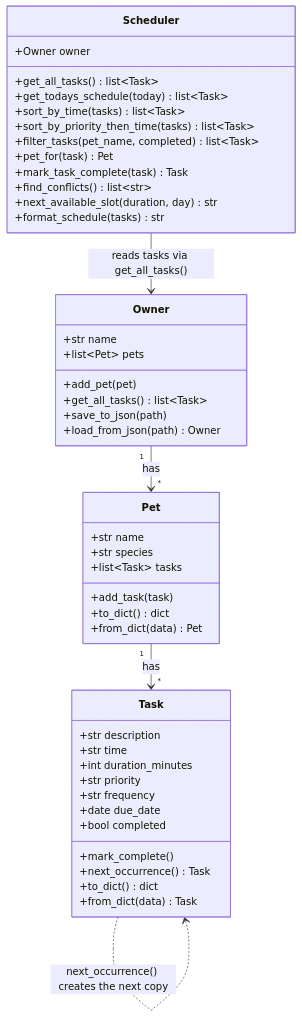
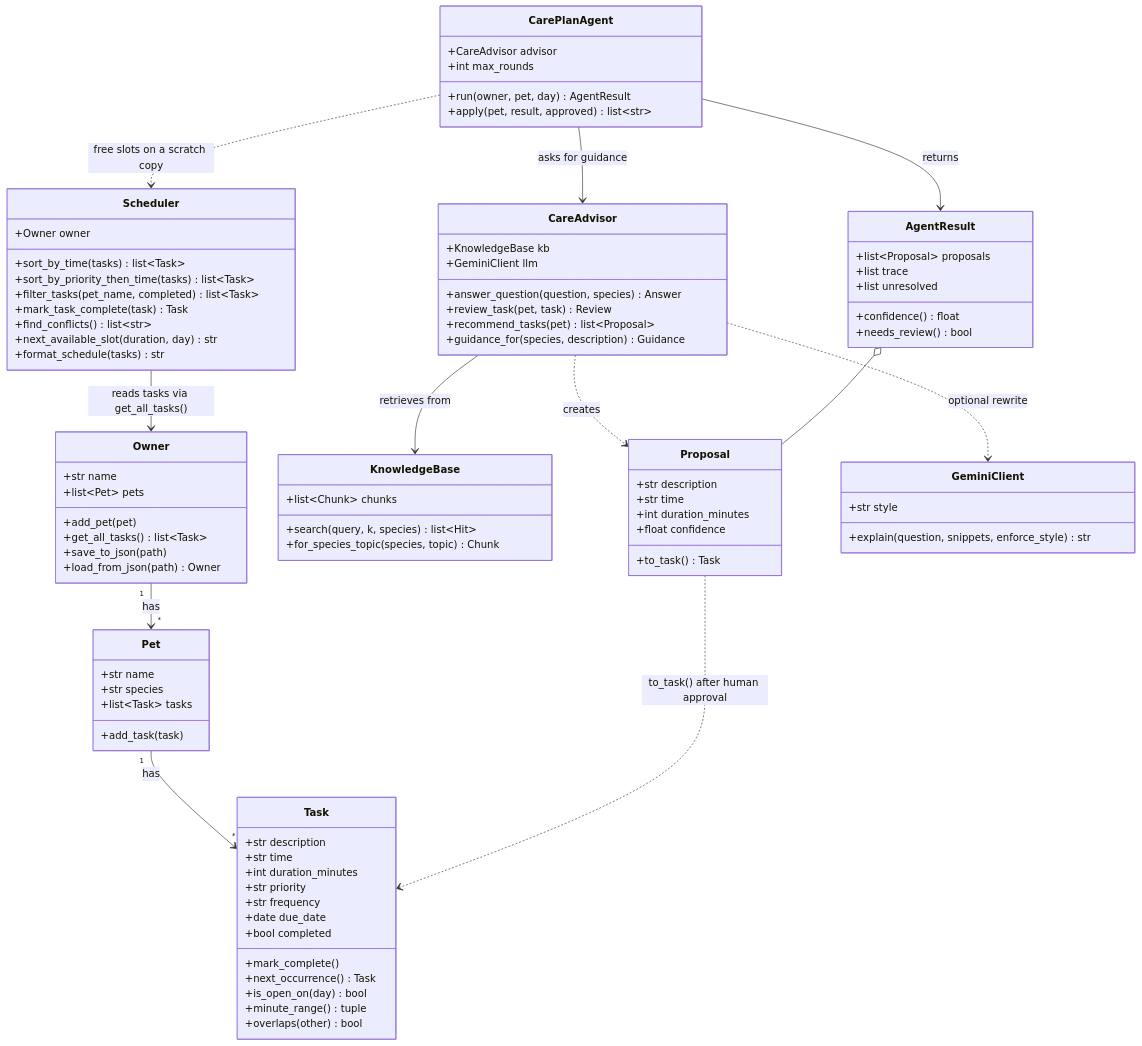
One commit to Rsunga11/AppliedAIRAGSystemProject changed the diagram in diagrams/uml_final.mmd. Above: the diagram before and after it, drawn with Mermaid. The commit also changed 19 other files, not shown here.

```diff
--- a/diagrams/uml_final.mmd
+++ b/diagrams/uml_final.mmd
@@ -1,51 +1,98 @@
 classDiagram
+    %% Final design: the Module 2 core (top) plus the AI layer added in this project (bottom).
     class Task {
         +str description
         +str time
         +int duration_minutes
         +str priority
         +str frequency
         +date due_date
         +bool completed
         +mark_complete()
         +next_occurrence() Task
-        +to_dict() dict
-        +from_dict(data) Task
+        +is_open_on(day) bool
+        +minute_range() tuple
+        +overlaps(other) bool
     }
 
     class Pet {
         +str name
         +str species
         +list~Task~ tasks
         +add_task(task)
-        +to_dict() dict
-        +from_dict(data) Pet
     }
 
     class Owner {
         +str name
         +list~Pet~ pets
         +add_pet(pet)
         +get_all_tasks() list~Task~
         +save_to_json(path)
         +load_from_json(path) Owner
     }
 
     class Scheduler {
         +Owner owner
-        +get_all_tasks() list~Task~
-        +get_todays_schedule(today) list~Task~
         +sort_by_time(tasks) list~Task~
         +sort_by_priority_then_time(tasks) list~Task~
         +filter_tasks(pet_name, completed) list~Task~
-        +pet_for(task) Pet
         +mark_task_complete(task) Task
         +find_conflicts() list~str~
         +next_available_slot(duration, day) str
         +format_schedule(tasks) str
     }
 
+    class KnowledgeBase {
+        +list~Chunk~ chunks
+        +search(query, k, species) list~Hit~
+        +for_species_topic(species, topic) Chunk
+    }
+
+    class CareAdvisor {
+        +KnowledgeBase kb
+        +GeminiClient llm
+        +answer_question(question, species) Answer
+        +review_task(pet, task) Review
+        +recommend_tasks(pet) list~Proposal~
+        +guidance_for(species, description) Guidance
+    }
+
+    class Proposal {
+        +str description
+        +str time
+        +int duration_minutes
+        +float confidence
+        +to_task() Task
+    }
+
+    class CarePlanAgent {
+        +CareAdvisor advisor
+        +int max_rounds
+        +run(owner, pet, day) AgentResult
+        +apply(pet, result, approved) list~str~
+    }
+
+    class AgentResult {
+        +list~Proposal~ proposals
+        +list trace
+        +list unresolved
+        +confidence() float
+        +needs_review() bool
+    }
+
+    class GeminiClient {
+        +str style
+        +explain(question, snippets, enforce_style) str
+    }
+
     Owner "1" --> "*" Pet : has
     Pet "1" --> "*" Task : has
     Scheduler --> Owner : reads tasks via get_all_tasks()
-    Task ..> Task : next_occurrence() creates the next copy
+    CareAdvisor --> KnowledgeBase : retrieves from
+    CareAdvisor ..> GeminiClient : optional rewrite
+    CareAdvisor ..> Proposal : creates
+    CarePlanAgent --> CareAdvisor : asks for guidance
+    CarePlanAgent ..> Scheduler : free slots on a scratch copy
+    CarePlanAgent --> AgentResult : returns
+    AgentResult o-- Proposal
+    Proposal ..> Task : to_task() after human approval
```
